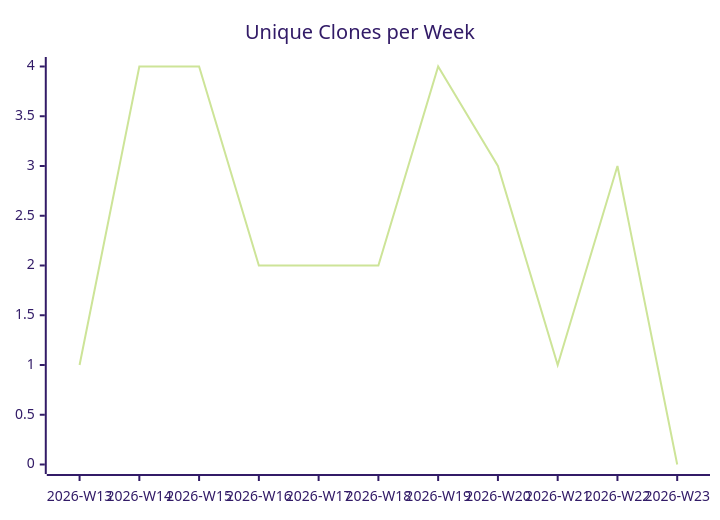
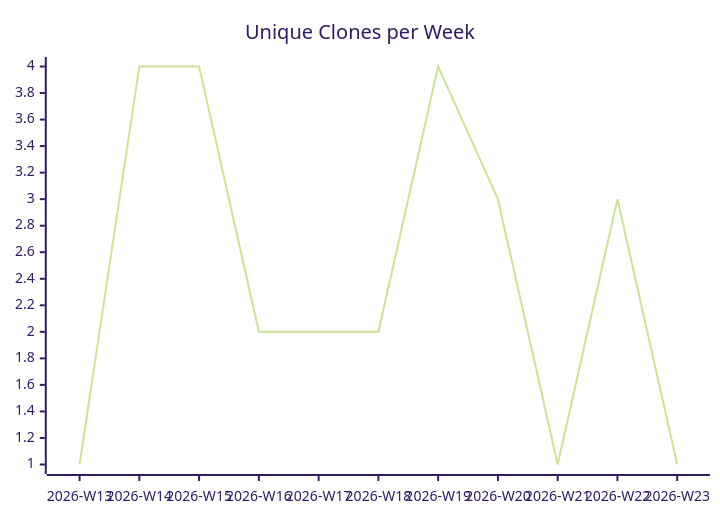
The third of 3 diagrams in karlmdavis/justdavis-puppet/README.md (justdavis-family/github-analytics-data), drawn with Mermaid (forest theme) before and after one commit. The commit also changed other lines of this file and 189 other files, not shown here.

````diff
--- a/karlmdavis/justdavis-puppet/README.md
+++ b/karlmdavis/justdavis-puppet/README.md
@@ -19,6 +19,6 @@
 ```mermaid
 xychart-beta
   title "Unique Clones per Week"
   x-axis ["2026-W13", "2026-W14", "2026-W15", "2026-W16", "2026-W17", "2026-W18", "2026-W19", "2026-W20", "2026-W21", "2026-W22", "2026-W23"]
-  line [1, 4, 4, 2, 2, 2, 4, 3, 1, 3, 0]
+  line [1, 4, 4, 2, 2, 2, 4, 3, 1, 3, 1]
 ```
````
